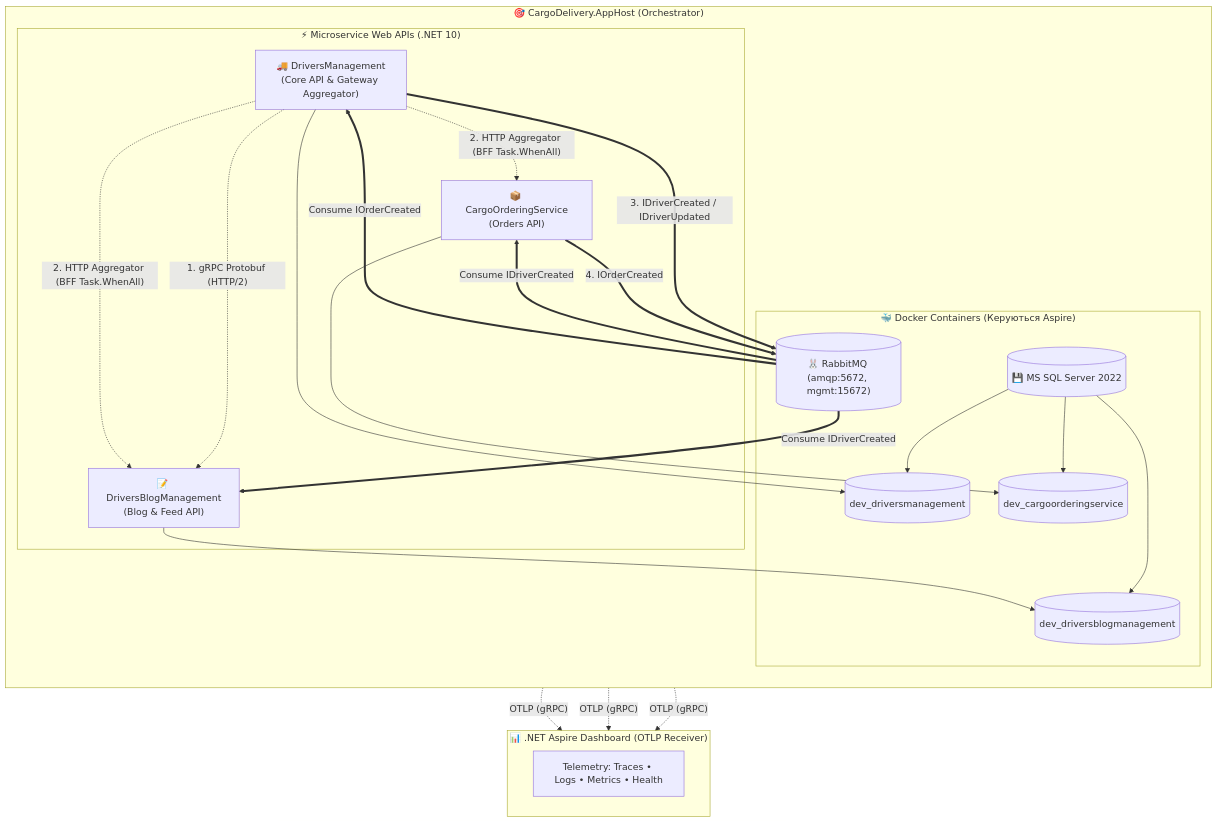
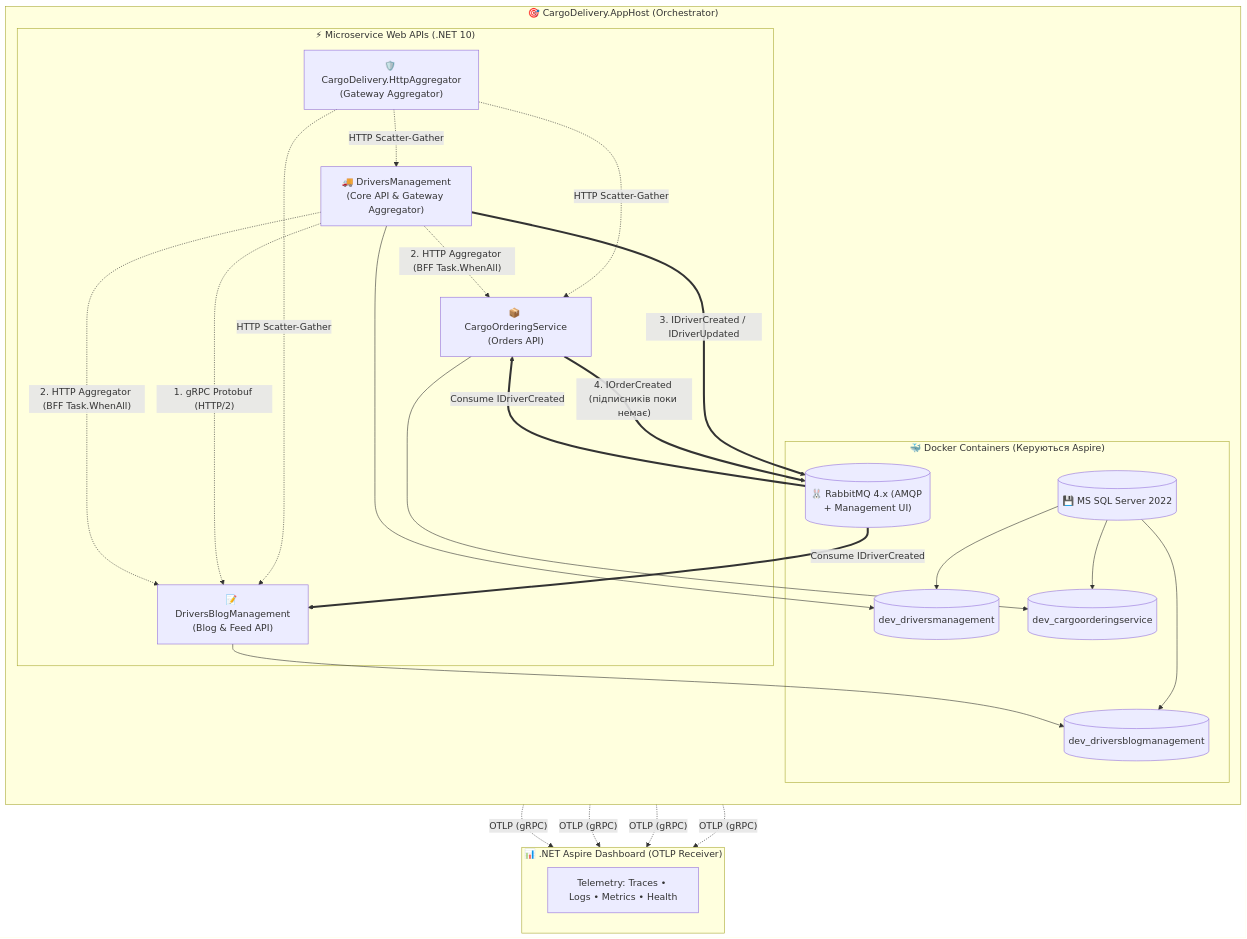
The first of 8 diagrams in 02-Microservices-Craftsman/02-01-Aspire-Documentation/02-01-Aspire-MasterClass.md (MrTomkaYurii/Demo-CargoDeliveryService), drawn with Mermaid before and after one commit. The commit also changed other lines of this file and 227 other files, not shown here.

````diff
--- a/02-Microservices-Craftsman/02-01-Aspire-Documentation/02-01-Aspire-MasterClass.md
+++ b/02-Microservices-Craftsman/02-01-Aspire-Documentation/02-01-Aspire-MasterClass.md
@@ -62,44 +63,49 @@
 ```mermaid
 flowchart TB
     subgraph AspireDashboard ["📊 .NET Aspire Dashboard (OTLP Receiver)"]
         DashUI["Telemetry: Traces • Logs • Metrics • Health"]
     end
 
     subgraph AppHostContainer ["🎯 CargoDelivery.AppHost (Orchestrator)"]
         direction TB
 
         subgraph Infra ["🐳 Docker Containers (Керуються Aspire)"]
-            RMQ[("🐰 RabbitMQ (amqp:5672, mgmt:15672)")]
+            RMQ[("🐰 RabbitMQ 4.x (AMQP + Management UI)")]
             SQL[("💾 MS SQL Server 2022")]
             DB1[("dev_driversmanagement")]
             DB2[("dev_driversblogmanagement")]
             DB3[("dev_cargoorderingservice")]
             SQL --> DB1
             SQL --> DB2
             SQL --> DB3
         end
 
         subgraph Services ["⚡ Microservice Web APIs (.NET 10)"]
             DM["🚚 DriversManagement<br/>(Core API & Gateway Aggregator)"]
             DB["📝 DriversBlogManagement<br/>(Blog & Feed API)"]
             CO["📦 CargoOrderingService<br/>(Orders API)"]
+            AGG["🛡️ CargoDelivery.HttpAggregator<br/>(Gateway Aggregator)"]
         end
     end
+
+    AGG -. "HTTP Scatter-Gather" .-> DM
+    AGG -. "HTTP Scatter-Gather" .-> DB
+    AGG -. "HTTP Scatter-Gather" .-> CO
 
     DM -. "1. gRPC Protobuf (HTTP/2)" .-> DB
     DM -. "2. HTTP Aggregator (BFF Task.WhenAll)" .-> DB
     DM -. "2. HTTP Aggregator (BFF Task.WhenAll)" .-> CO
     DM ==>|3. IDriverCreated / IDriverUpdated| RMQ
     RMQ ==>|Consume IDriverCreated| DB
     RMQ ==>|Consume IDriverCreated| CO
-    CO ==>|4. IOrderCreated| RMQ
-    RMQ ==>|Consume IOrderCreated| DM
+    CO ==>|"4. IOrderCreated (підписників поки немає)"| RMQ
 
     DM --> DB1
     DB --> DB2
     CO --> DB3
 
     DM -. "OTLP (gRPC)" .-> AspireDashboard
     DB -. "OTLP (gRPC)" .-> AspireDashboard
     CO -. "OTLP (gRPC)" .-> AspireDashboard
+    AGG -. "OTLP (gRPC)" .-> AspireDashboard
 ```
````
